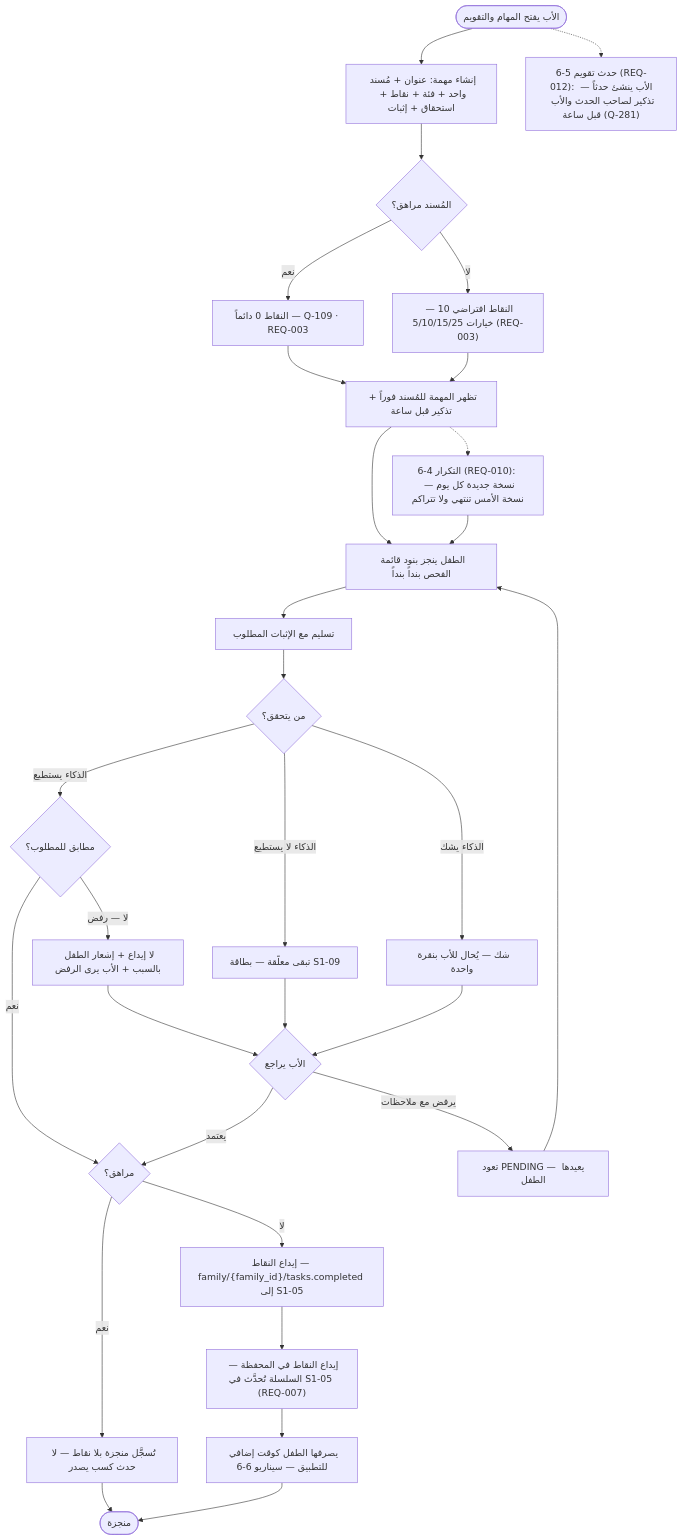
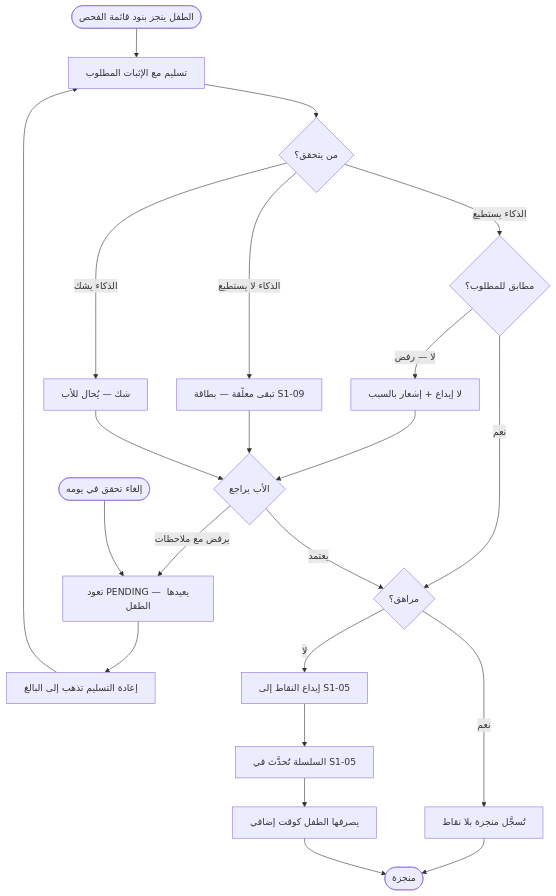
Before and after one commit to Bassam-mohammed-alqaeadi/family-os-v2: diagram 17 of 22 in docs/family-os/governance/phases/phase-1/S1-06-tasks-and-calendar/DIAGRAMS.md, drawn with Mermaid. The commit also changed other lines of this file, not shown here.

First line of the commit message:
Q-434 S1-06: content (REQ-018, Q-415/Q-419) + shape (13→22 blocks)

````diff
--- a/docs/family-os/governance/phases/phase-1/S1-06-tasks-and-calendar/DIAGRAMS.md
+++ b/docs/family-os/governance/phases/phase-1/S1-06-tasks-and-calendar/DIAGRAMS.md
@@ -423,32 +610,24 @@
 ```mermaid
 flowchart TD
-    Start([الأب يفتح المهام والتقويم]) --> Create[إنشاء مهمة: عنوان + مُسند واحد + فئة + نقاط + استحقاق + إثبات]
-    Create --> TeenQ{المُسند مراهق؟}
-    TeenQ -->|نعم| Zero[النقاط 0 دائماً — Q-109 · REQ-003]
-    TeenQ -->|لا| Points["النقاط افتراضي 10 — خيارات 5/10/15/25 (REQ-003)"]
-    Zero --> Show[تظهر المهمة للمُسند فوراً + تذكير قبل ساعة]
-    Points --> Show
-    Show --> Do[الطفل ينجز بنود قائمة الفحص بنداً بنداً]
-    Do --> Submit[تسليم مع الإثبات المطلوب]
+    Do([الطفل ينجز بنود قائمة الفحص]) --> Submit[تسليم مع الإثبات المطلوب]
     Submit --> Who{من يتحقق؟}
     Who -->|الذكاء يستطيع| AIOK{مطابق للمطلوب؟}
     AIOK -->|نعم| TeenCheck{مراهق؟}
-    AIOK -->|لا — رفض| Notify[لا إيداع + إشعار الطفل بالسبب + الأب يرى الرفض]
+    AIOK -->|لا — رفض| Notify[لا إيداع + إشعار بالسبب]
     Who -->|الذكاء لا يستطيع| Pending[تبقى معلّقة — بطاقة S1-09]
-    Who -->|الذكاء يشك| Doubt[شك — يُحال للأب بنقرة واحدة]
+    Who -->|الذكاء يشك| Doubt[شك — يُحال للأب]
     Doubt --> FatherRev
     Pending --> FatherRev{الأب يراجع}
     FatherRev -->|يعتمد| TeenCheck
     FatherRev -->|يرفض مع ملاحظات| Back[تعود PENDING — يعيدها الطفل]
-    Back --> Do
+    Back --> Redo[إعادة التسليم تذهب إلى البالغ]
+    Redo --> Submit
     Notify --> FatherRev
-    TeenCheck -->|نعم| NoEvent[تُسجَّل منجزة بلا نقاط — لا حدث كسب يصدر]
-    TeenCheck -->|لا| Deposit["إيداع النقاط — family/{family_id}/tasks.completed إلى S1-05"]
-    Deposit --> Streak["إيداع النقاط في المحفظة — السلسلة تُحدَّث في S1-05 (REQ-007)"]
-    Streak --> Spend[يصرفها الطفل كوقت إضافي للتطبيق — سيناريو 6-6]
+    TeenCheck -->|نعم| NoEvent[تُسجَّل منجزة بلا نقاط]
+    TeenCheck -->|لا| Deposit[إيداع النقاط إلى S1-05]
+    Deposit --> Streak[السلسلة تُحدَّث في S1-05]
+    Streak --> Spend[يصرفها الطفل كوقت إضافي]
     NoEvent --> End([منجزة])
     Spend --> End
-    Show -.-> Recur["6-4 التكرار (REQ-010): نسخة جديدة كل يوم — نسخة الأمس تنتهي ولا تتراكم"]
-    Recur --> Do
-    Start -.-> CalEv["6-5 حدث تقويم (REQ-012): الأب ينشئ حدثاً — تذكير لصاحب الحدث والأب قبل ساعة (Q-281)"]
+    Revoke([إلغاء تحقق في يومه]) --> Back
 ```
````
